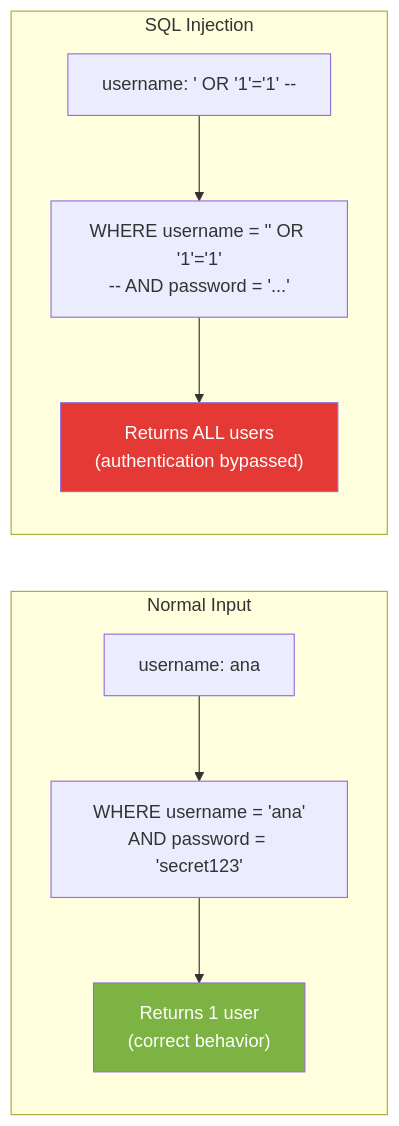
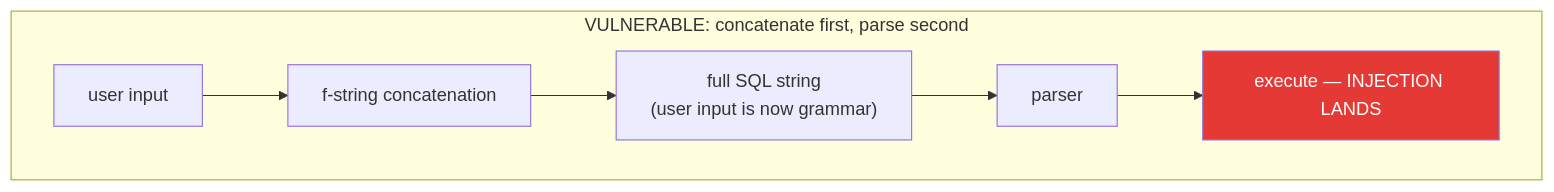
One commit to devomh/comp4098-2026 changed the first of 3 diagrams in week_11/w11_l22_concept_data_security.md. Above: the diagram before and after it, drawn with Mermaid. The commit also changed other lines of this file and 3 other files, not shown here.

````diff
--- a/week_11/w11_l22_concept_data_security.md
+++ b/week_11/w11_l22_concept_data_security.md
@@ -78,15 +63,10 @@
 ```mermaid
-graph LR
-    subgraph "Normal Input"
-        U1["username: ana"] --> Q1["WHERE username = 'ana'<br/>AND password = 'secret123'"]
-        Q1 --> R1["Returns 1 user<br/>(correct behavior)"]
+graph TD
+    subgraph "VULNERABLE: concatenate first, parse second"
+        A1["user input"] --> A2["f-string concatenation"]
+        A2 --> A3["full SQL string<br/>(user input is now grammar)"]
+        A3 --> A4["parser"]
+        A4 --> A5["execute — INJECTION LANDS"]
     end
-
-    subgraph "SQL Injection"
-        U2["username: ' OR '1'='1' --"] --> Q2["WHERE username = '' OR '1'='1'<br/>-- AND password = '...'"]
-        Q2 --> R2["Returns ALL users<br/>(authentication bypassed)"]
-    end
-
-    style R1 fill:#7CB342,color:white
-    style R2 fill:#E53935,color:white
+    style A5 fill:#E53935,color:white
 ```
````
